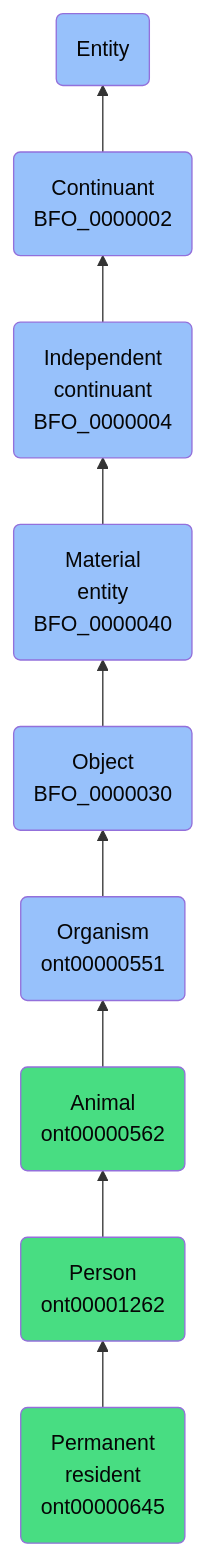
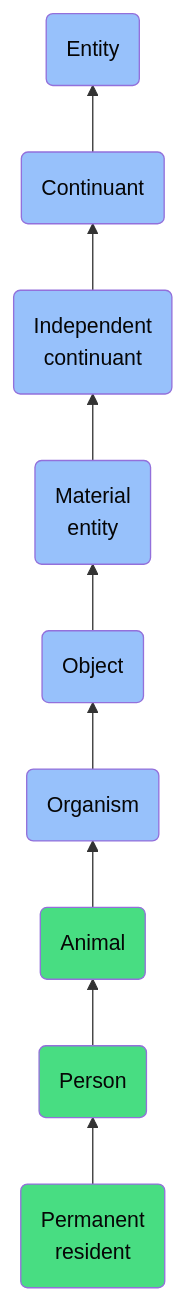
Before and after one commit to jupyter-naas/abi: the diagram in docs/ontology/reference/model/Entity/Continuant/Independent continuant/Material entity/Object/Organism/Animal/Person/Permanent resident/Permanent resident.md, drawn with Mermaid. The commit also changed other lines of this file and 1430 other files, not shown here.

````diff
--- a/docs/ontology/reference/model/Entity/Continuant/Independent continuant/Material entity/Object/Organism/Animal/Person/Permanent resident/Permanent resident.md
+++ b/docs/ontology/reference/model/Entity/Continuant/Independent continuant/Material entity/Object/Organism/Animal/Person/Permanent resident/Permanent resident.md
@@ -24,16 +24,16 @@
 ```mermaid
 graph BT
-    ont00000645(Permanent<br>resident<br>ont00000645):::ABI-->ont00001262
-    ont00001262(Person<br>ont00001262):::ABI-->ont00000562
-    ont00000562(Animal<br>ont00000562):::ABI-->ont00000551
-    ont00000551(Organism<br>ont00000551):::BFO-->BFO_0000030
-    BFO_0000030(Object<br>BFO_0000030):::BFO-->BFO_0000040
-    BFO_0000040(Material<br>entity<br>BFO_0000040):::BFO-->BFO_0000004
-    BFO_0000004(Independent<br>continuant<br>BFO_0000004):::BFO-->BFO_0000002
-    BFO_0000002(Continuant<br>BFO_0000002):::BFO-->BFO_0000001
+    ont00000645(Permanent<br>resident):::ABI-->ont00001262
+    ont00001262(Person):::ABI-->ont00000562
+    ont00000562(Animal):::ABI-->ont00000551
+    ont00000551(Organism):::BFO-->BFO_0000030
+    BFO_0000030(Object):::BFO-->BFO_0000040
+    BFO_0000040(Material<br>entity):::BFO-->BFO_0000004
+    BFO_0000004(Independent<br>continuant):::BFO-->BFO_0000002
+    BFO_0000002(Continuant):::BFO-->BFO_0000001
     BFO_0000001(Entity):::BFO
     
     classDef BFO fill:#97c1fb,color:#060606
     classDef CCO fill:#e4c51e,color:#060606
     classDef ABI fill:#48DD82,color:#060606
 ```
````
